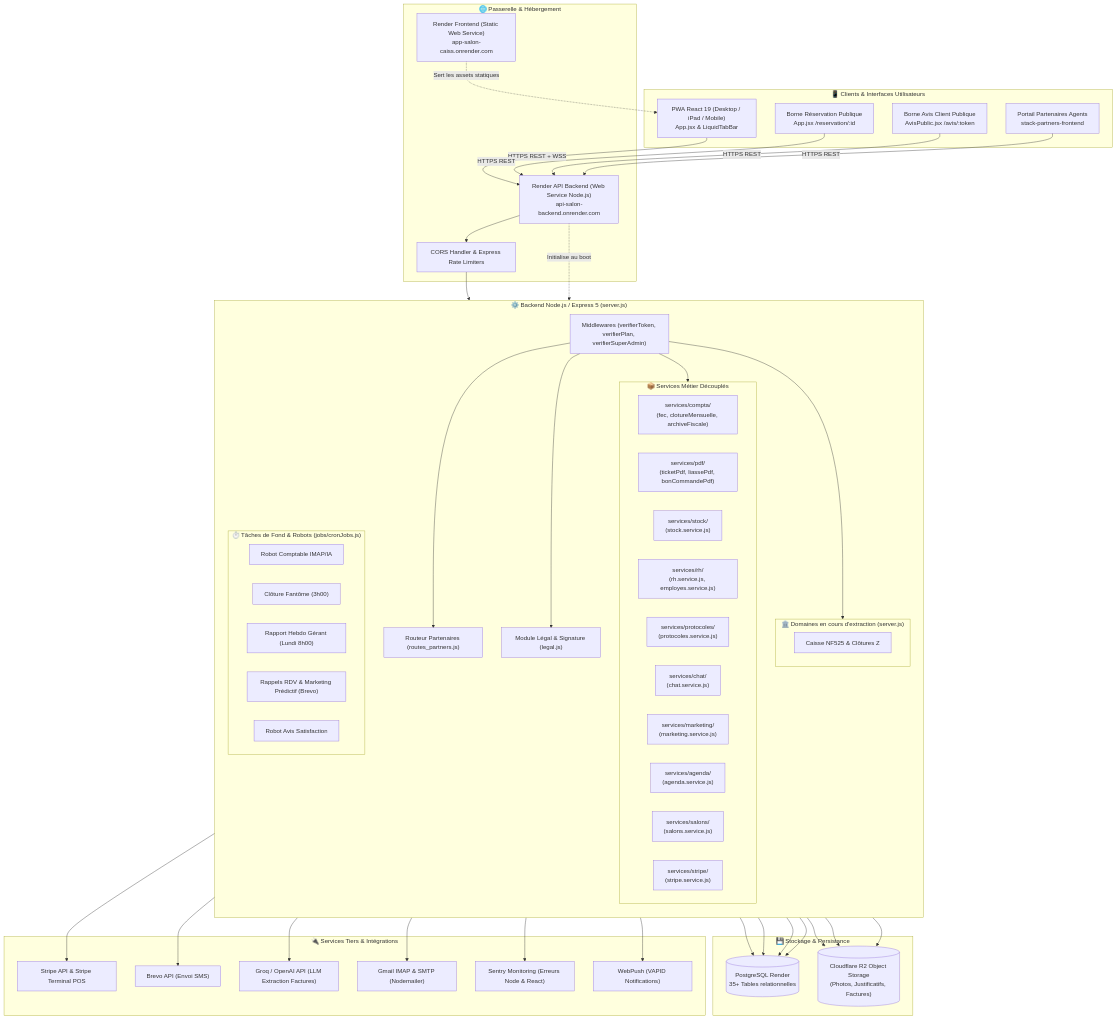
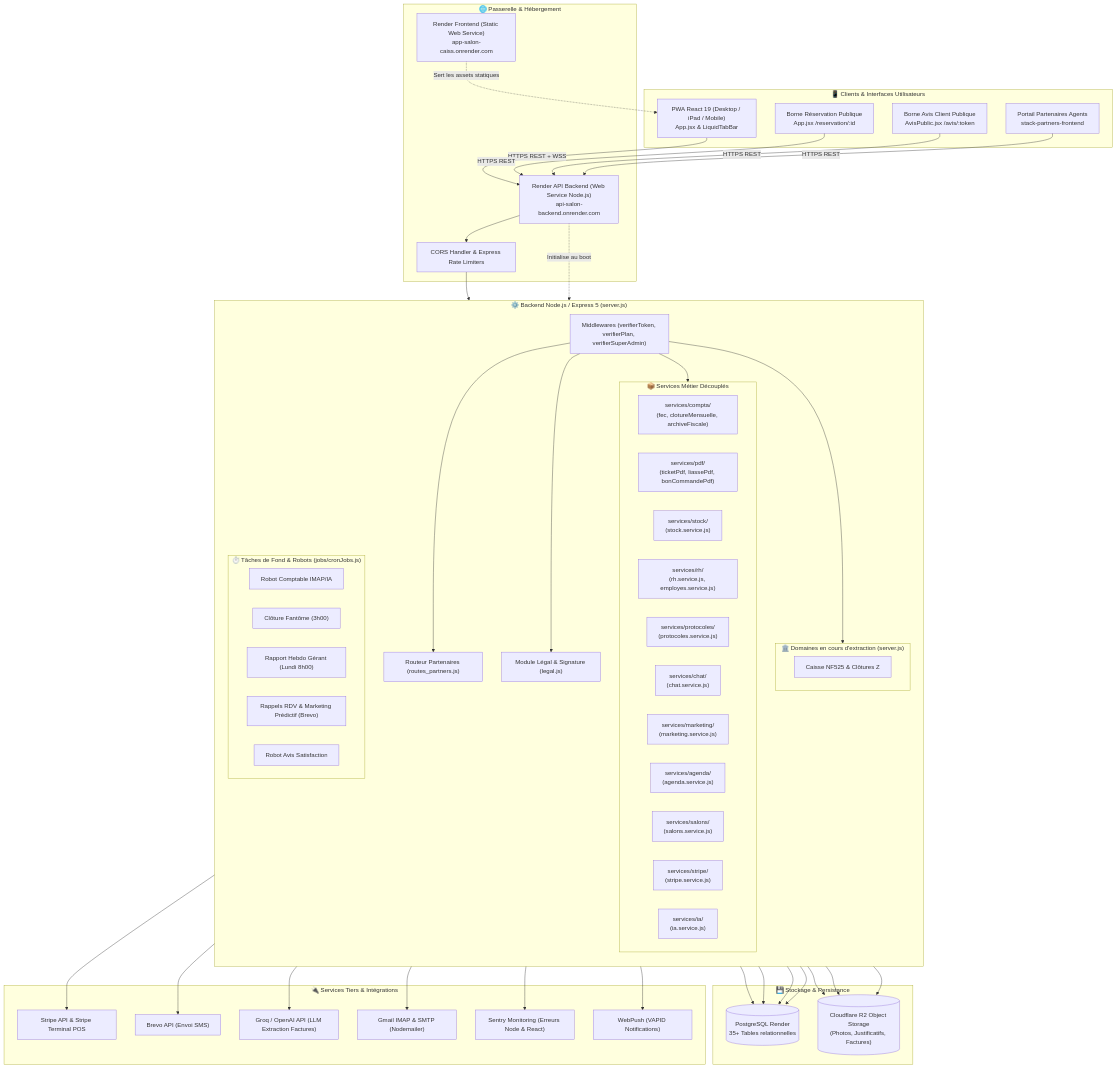
One commit to valentin-td/APP changed the first of 5 diagrams in docs/ARCHITECTURE.md. Above: the diagram before and after it, drawn with Mermaid. The commit also changed other lines of this file and 4 other files, not shown here.

```diff
--- a/docs/ARCHITECTURE.md
+++ b/docs/ARCHITECTURE.md
@@ -55,6 +55,7 @@
             SRV_Agenda["services/agenda/<br/>(agenda.service.js)"]
             SRV_Salons["services/salons/<br/>(salons.service.js)"]
             SRV_Stripe["services/stripe/<br/>(stripe.service.js)"]
+            SRV_IA["services/ia/<br/>(ia.service.js)"]
         end
 
         subgraph CoreMonolith["🏛️ Domaines en cours d'extraction (server.js)"]
```
